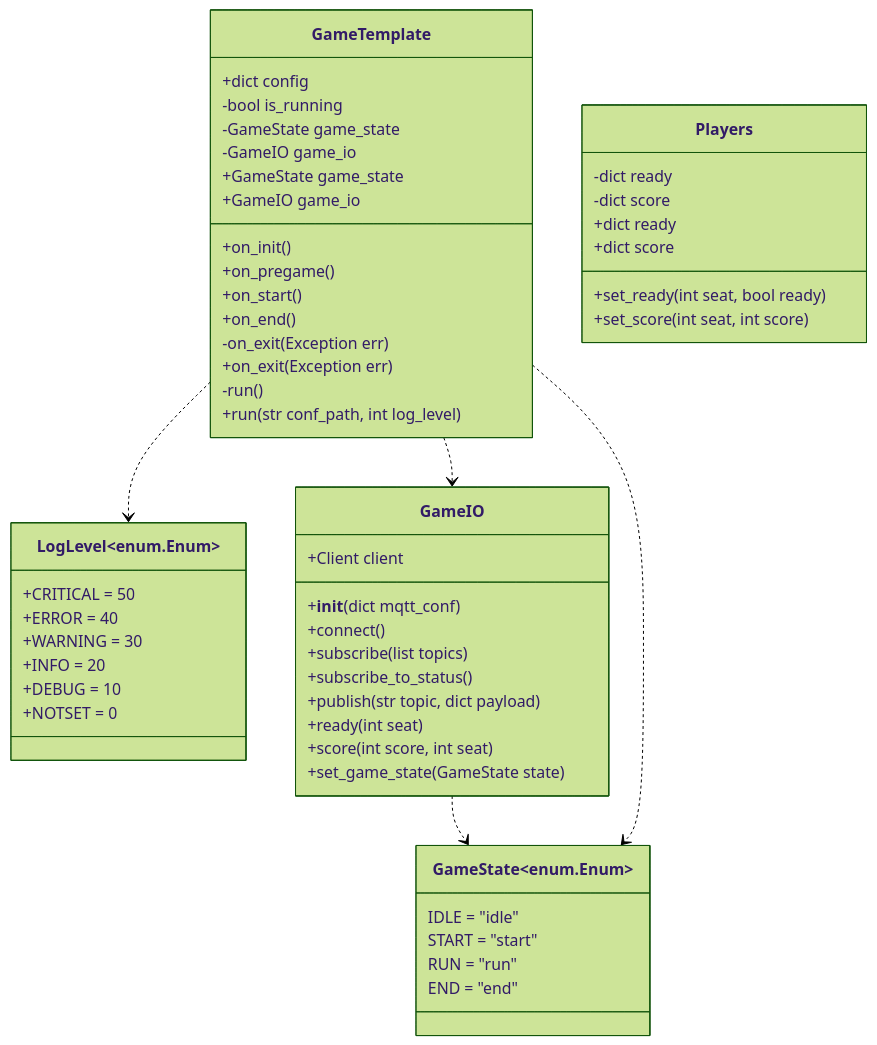
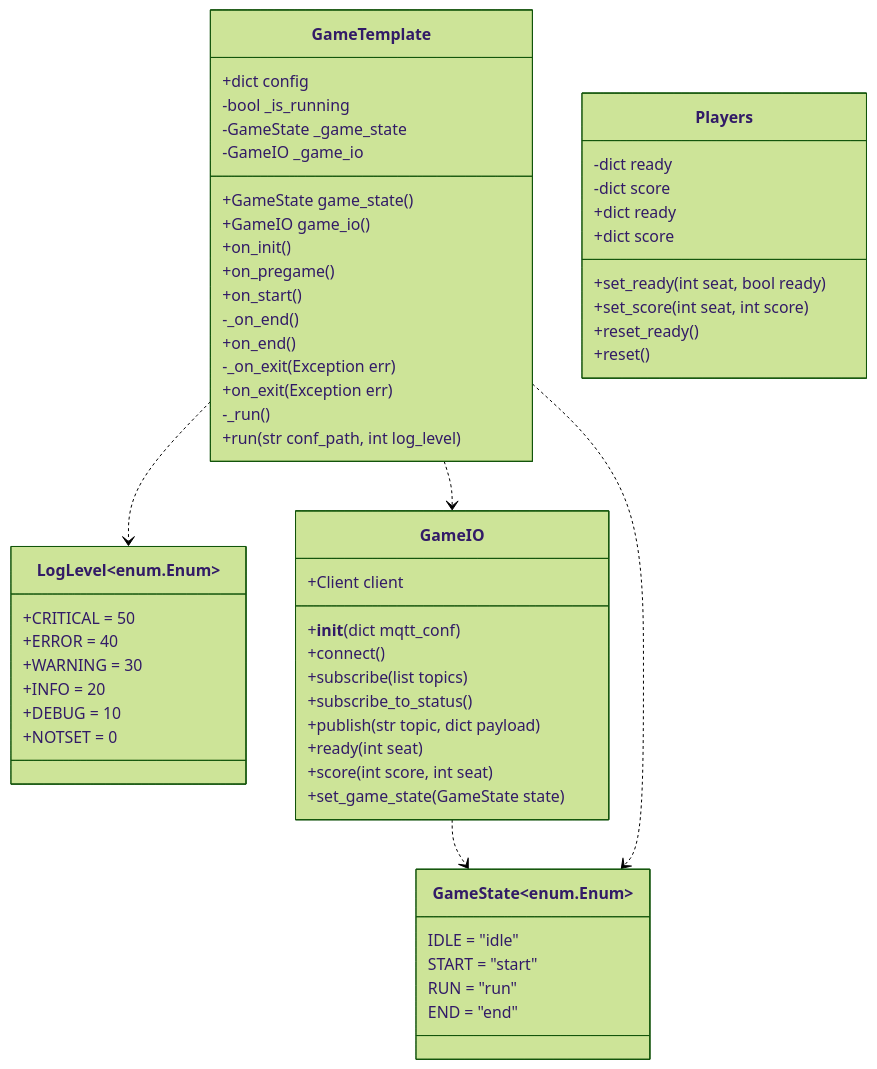
The diagram in docs/structure.md (4D-Game/sdk), drawn with Mermaid (forest theme) before and after one commit. The commit also changed other lines of this file and 14 other files, not shown here.

````diff
--- a/docs/structure.md
+++ b/docs/structure.md
@@ -3,60 +5,63 @@
 ```mermaid
 classDiagram
   class GameTemplate{
     +dict config
-    -bool is_running
-    -GameState game_state
-    -GameIO game_io
-    +GameState game_state
-    +GameIO game_io
+    -bool _is_running
+    -GameState _game_state
+    -GameIO _game_io
+    +GameState game_state()
+    +GameIO game_io()
     +on_init()
     +on_pregame()
     +on_start()
+    -_on_end()
     +on_end()
-    -on_exit(Exception err)
+    -_on_exit(Exception err)
     +on_exit(Exception err)
-    -run()
+    -_run()
     +run(str conf_path, int log_level)
   }
 
   class LogLevel~enum.Enum~{
     +CRITICAL = 50
     +ERROR = 40
     +WARNING = 30
     +INFO = 20
     +DEBUG = 10
     +NOTSET = 0
   }
   GameTemplate ..> LogLevel
 
   class GameIO{
     +Client client
     +__init__(dict mqtt_conf)
     +connect()
     +subscribe(list topics)
     +subscribe_to_status()
     +publish(str topic, dict payload)
     +ready(int seat)
     +score(int score, int seat)
     +set_game_state(GameState state)
   }
   GameTemplate ..> GameIO
 
   class GameState~enum.Enum~{
     IDLE = "idle"
     START = "start"
     RUN = "run"
     END = "end"
   }
   GameIO ..> GameState
   GameTemplate ..> GameState
 
   class Players {
     -dict ready
     -dict score
     +dict ready
     +dict score
     +set_ready(int seat, bool ready)
     +set_score(int seat, int score)
+    +reset_ready()
+    +reset()
   }
 ```
````
